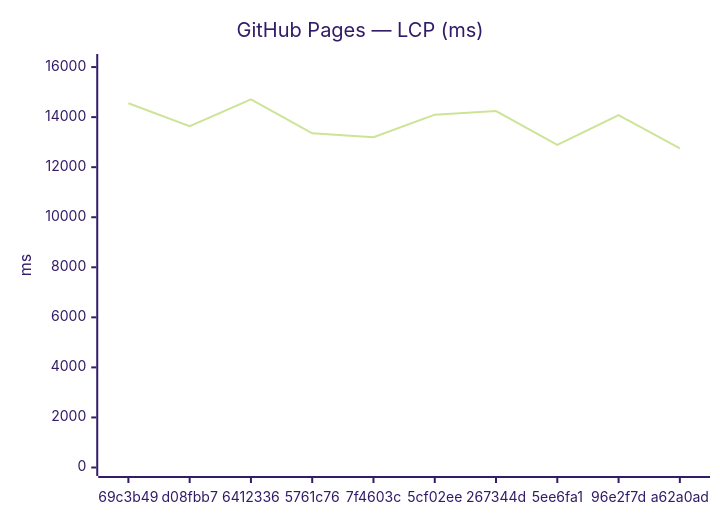
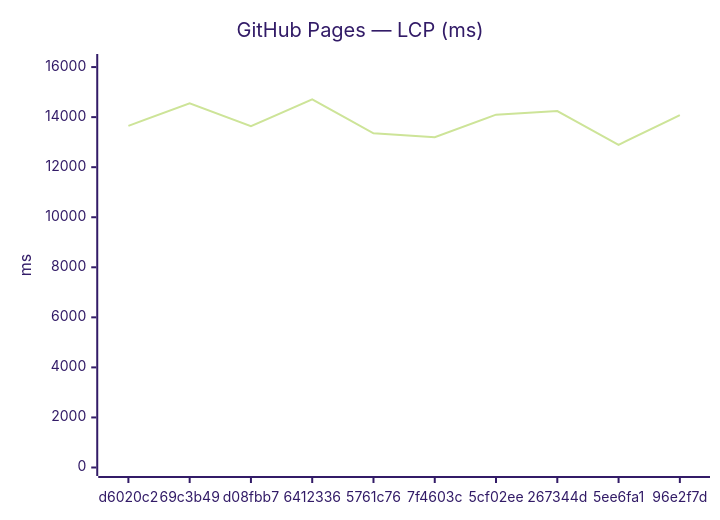
One commit to Metaheurist/Rianell changed the third of 18 diagrams in benchmarks/compare.md. Above: the diagram before and after it, drawn with Mermaid (forest theme). The commit also changed other lines of this file and 11 other files, not shown here.

````diff
--- a/benchmarks/compare.md
+++ b/benchmarks/compare.md
@@ -54,7 +54,7 @@
 ```mermaid
 xychart-beta
     title "GitHub Pages — LCP (ms)"
-    x-axis ["69c3b49", "d08fbb7", "6412336", "5761c76", "7f4603c", "5cf02ee", "267344d", "5ee6fa1", "96e2f7d", "a62a0ad"]
+    x-axis ["d6020c2", "69c3b49", "d08fbb7", "6412336", "5761c76", "7f4603c", "5cf02ee", "267344d", "5ee6fa1", "96e2f7d"]
     y-axis "ms" 0 --> 16183
-    line [14556, 13636, 14711, 13355, 13197, 14098, 14242, 12895, 14078, 12749]
+    line [13653, 14556, 13636, 14711, 13355, 13197, 14098, 14242, 12895, 14078]
 ```
````
